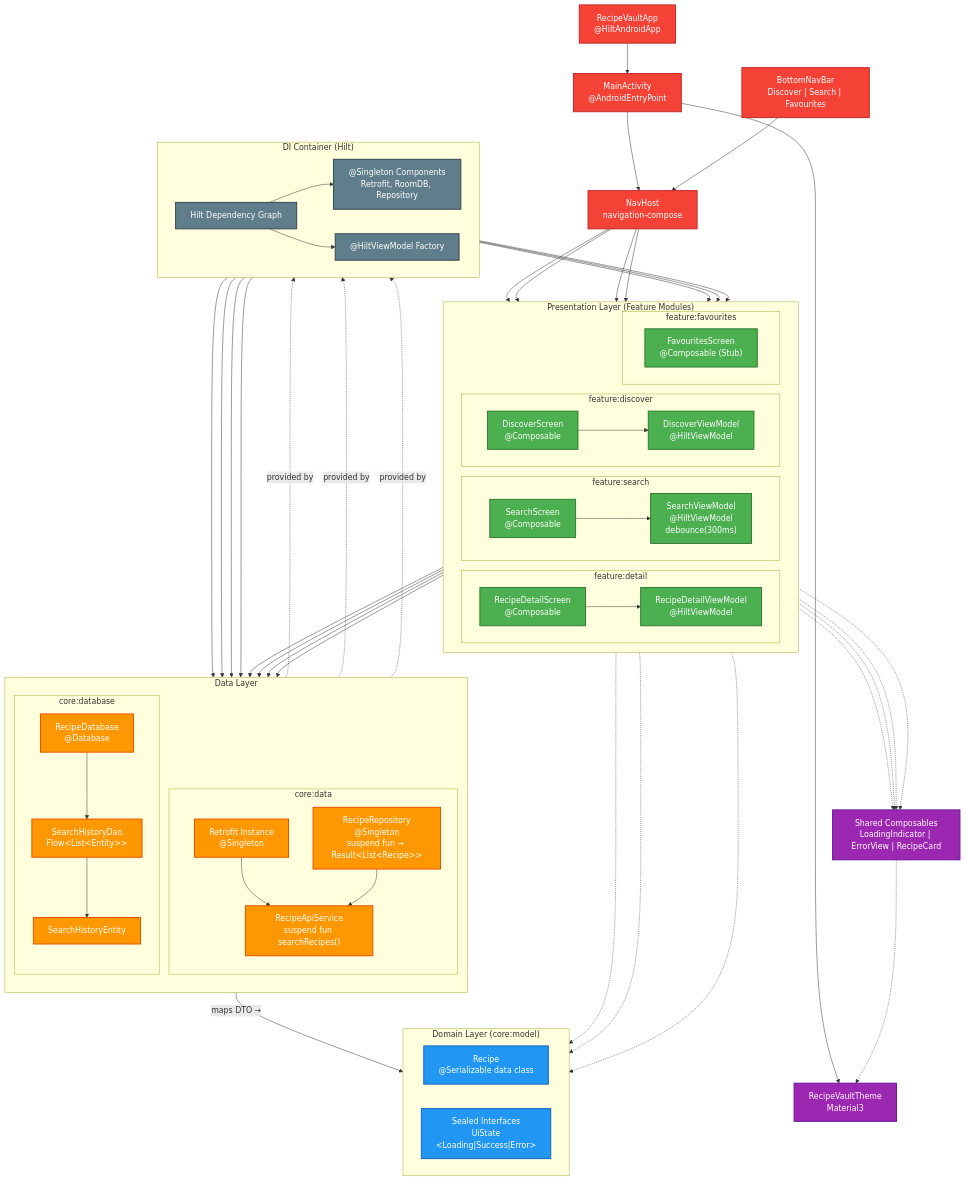
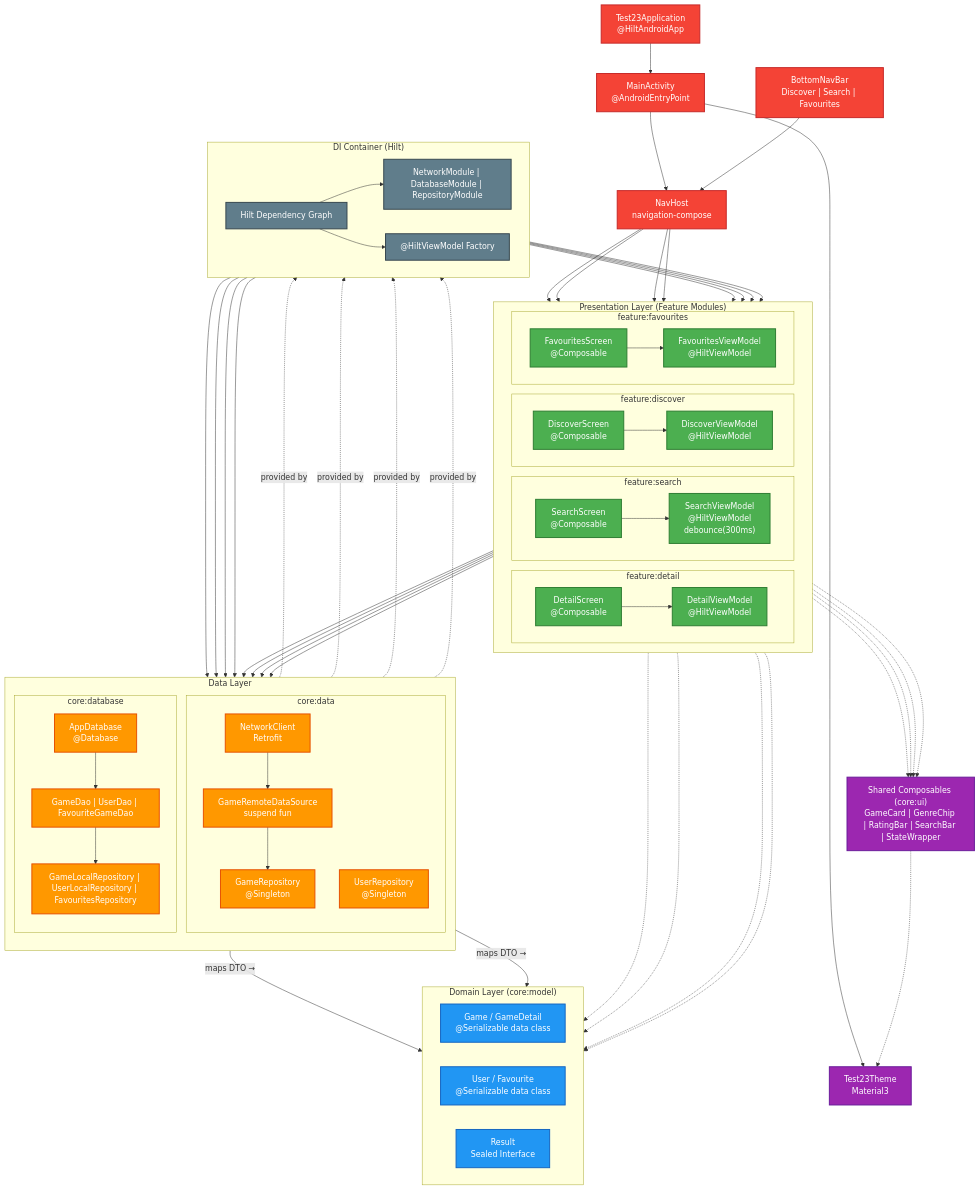
Before and after one commit to alyk/android-kotlin-base: the diagram in docs/ArchitectureOverviewDiagram.mmd, drawn with Mermaid.

Commit message:
[quality]

```diff
--- a/docs/ArchitectureOverviewDiagram.mmd
+++ b/docs/ArchitectureOverviewDiagram.mmd
@@ -1,136 +1,144 @@
 graph TB
 %% ===== FIRST ROW: App Module (Entry Point) =====
-    APP_CLASS["RecipeVaultApp<br/>@HiltAndroidApp"]
+    APP_CLASS["Test23Application<br/>@HiltAndroidApp"]
     ACTIVITY["MainActivity<br/>@AndroidEntryPoint"]
-    THEME["RecipeVaultTheme<br/>Material3"]
+    THEME["Test23Theme<br/>Material3"]
 
     APP_CLASS --> ACTIVITY
     ACTIVITY --> THEME
 
 %% ===== SECOND ROW: Navigation =====
     NAV_HOST["NavHost<br/>navigation-compose"]
     BOTTOM_NAV["BottomNavBar<br/>Discover | Search | Favourites"]
 
     ACTIVITY --> NAV_HOST
     BOTTOM_NAV --> NAV_HOST
 
 %% ===== THIRD ROW: Presentation Layer =====
     subgraph PRES["Presentation Layer (Feature Modules)"]
         direction LR
 
         subgraph DISCOVER["feature:discover"]
             DISCOVER_UI["DiscoverScreen<br/>@Composable"]
             DISCOVER_VM["DiscoverViewModel<br/>@HiltViewModel"]
         end
 
         subgraph SEARCH["feature:search"]
             SEARCH_UI["SearchScreen<br/>@Composable"]
             SEARCH_VM["SearchViewModel<br/>@HiltViewModel<br/>debounce(300ms)"]
         end
 
         subgraph DETAIL["feature:detail"]
-            DETAIL_UI["RecipeDetailScreen<br/>@Composable"]
-            DETAIL_VM["RecipeDetailViewModel<br/>@HiltViewModel"]
+            DETAIL_UI["DetailScreen<br/>@Composable"]
+            DETAIL_VM["DetailViewModel<br/>@HiltViewModel"]
         end
 
         subgraph FAV["feature:favourites"]
-            FAV_UI["FavouritesScreen<br/>@Composable (Stub)"]
+            FAV_UI["FavouritesScreen<br/>@Composable"]
+            FAV_VM["FavouritesViewModel<br/>@HiltViewModel"]
         end
 
         DISCOVER_UI --> DISCOVER_VM
         SEARCH_UI --> SEARCH_VM
         DETAIL_UI --> DETAIL_VM
+        FAV_UI --> FAV_VM
     end
 
 %% Navigation from NavHost to Screens
     NAV_HOST --> DISCOVER_UI
     NAV_HOST --> SEARCH_UI
     NAV_HOST --> DETAIL_UI
     NAV_HOST --> FAV_UI
 
 %% ===== FOURTH ROW: Shared UI Components =====
-    COMPONENTS["Shared Composables<br/>LoadingIndicator | ErrorView | RecipeCard"]
+    COMPONENTS["Shared Composables (core:ui)<br/>GameCard | GenreChip | RatingBar | SearchBar | StateWrapper"]
     COMPONENTS -.-> THEME
     DISCOVER_UI -.-> COMPONENTS
     SEARCH_UI -.-> COMPONENTS
     DETAIL_UI -.-> COMPONENTS
     FAV_UI -.-> COMPONENTS
 
 %% ===== FIFTH ROW: Domain Layer =====
     subgraph DOMAIN["Domain Layer (core:model)"]
         direction LR
-        RECIPE["Recipe<br/>@Serializable data class"]
-        SEALED["Sealed Interfaces<br/>UiState<br/>&lt;Loading|Success|Error&gt;"]
+        GAME["Game / GameDetail<br/>@Serializable data class"]
+        USER["User / Favourite<br/>@Serializable data class"]
+        RESULT["Result<T><br/>Sealed Interface"]
     end
 
 %% ViewModels → Domain Models
-    DISCOVER_VM -.-> SEALED
-    SEARCH_VM -.-> SEALED
-    DETAIL_VM -.-> SEALED
+    DISCOVER_VM -.-> RESULT
+    SEARCH_VM -.-> RESULT
+    DETAIL_VM -.-> RESULT
+    FAV_VM -.-> RESULT
 
 %% ===== SIXTH ROW: Data Layer =====
     subgraph DATA["Data Layer"]
         direction TB
 
         subgraph CORE_DATA["core:data"]
-            RETROFIT["Retrofit Instance<br/>@Singleton"]
-            API["RecipeApiService<br/>suspend fun searchRecipes()"]
-            REPO["RecipeRepository<br/>@Singleton<br/>suspend fun → Result&lt;List&lt;Recipe&gt;&gt;"]
-            RETROFIT --> API
+            NETWORK["NetworkClient<br/>Retrofit"]
+            REMOTE_DS["GameRemoteDataSource<br/>suspend fun"]
+            GAME_REPO["GameRepository<br/>@Singleton"]
+            USER_REPO["UserRepository<br/>@Singleton"]
+            NETWORK --> REMOTE_DS
+            REMOTE_DS --> GAME_REPO
         end
 
         subgraph CORE_DB["core:database"]
-            ROOM_DB["RecipeDatabase<br/>@Database"]
-            DAO["SearchHistoryDao<br/>Flow&lt;List&lt;Entity&gt;&gt;"]
-            ENTITY["SearchHistoryEntity"]
-            ROOM_DB --> DAO
-            DAO --> ENTITY
+            ROOM_DB["AppDatabase<br/>@Database"]
+            DAOS["GameDao | UserDao | FavouriteGameDao"]
+            LOCAL_REPOS["GameLocalRepository | UserLocalRepository | FavouritesRepository"]
+            ROOM_DB --> DAOS
+            DAOS --> LOCAL_REPOS
         end
 
-        REPO -->|"maps DTO →"| RECIPE
-        REPO --> API
+        GAME_REPO -->|"maps DTO →"| GAME
+        USER_REPO -->|"maps DTO →"| USER
     end
 
-%% ViewModels → Repository & DAO
-    DISCOVER_VM --> REPO
-    SEARCH_VM --> REPO
-    DETAIL_VM --> REPO
-    SEARCH_VM --> DAO
+%% ViewModels → Repository
+    DISCOVER_VM --> GAME_REPO
+    SEARCH_VM --> GAME_REPO
+    DETAIL_VM --> GAME_REPO
+    FAV_VM --> USER_REPO
 
 %% ===== BOTTOM ROW: Hilt DI =====
     subgraph DI["DI Container (Hilt)"]
         direction LR
         HILT_GRAPH["Hilt Dependency Graph"]
-        SINGLETON["@Singleton Components<br/>Retrofit, RoomDB, Repository"]
+        MODULES["NetworkModule | DatabaseModule | RepositoryModule"]
         VIEWMODEL_FACTORY["@HiltViewModel Factory"]
 
-        HILT_GRAPH --> SINGLETON
+        HILT_GRAPH --> MODULES
         HILT_GRAPH --> VIEWMODEL_FACTORY
-        SINGLETON --> REPO
-        SINGLETON --> RETROFIT
-        SINGLETON --> ROOM_DB
-        SINGLETON --> DAO
+        MODULES --> GAME_REPO
+        MODULES --> USER_REPO
+        MODULES --> NETWORK
+        MODULES --> ROOM_DB
         VIEWMODEL_FACTORY --> DISCOVER_VM
         VIEWMODEL_FACTORY --> SEARCH_VM
         VIEWMODEL_FACTORY --> DETAIL_VM
+        VIEWMODEL_FACTORY --> FAV_VM
     end
 
 %% Back-link: Data → DI (dependency injection)
-    REPO -.->|"provided by"| SINGLETON
-    RETROFIT -.->|"provided by"| SINGLETON
-    ROOM_DB -.->|"provided by"| SINGLETON
+    GAME_REPO -.->|"provided by"| MODULES
+    USER_REPO -.->|"provided by"| MODULES
+    NETWORK -.->|"provided by"| MODULES
+    ROOM_DB -.->|"provided by"| MODULES
 
 %% ===== STYLING =====
     classDef presentation fill:#4CAF50,stroke:#2E7D32,stroke-width:2px,color:white
     classDef domain fill:#2196F3,stroke:#1565C0,stroke-width:2px,color:white
     classDef data fill:#FF9800,stroke:#E65100,stroke-width:2px,color:white
     classDef ui fill:#9C27B0,stroke:#6A1B9A,stroke-width:2px,color:white
     classDef app fill:#F44336,stroke:#C62828,stroke-width:2px,color:white
     classDef di fill:#607D8B,stroke:#37474F,stroke-width:2px,color:white
 
-    class DISCOVER_UI,DISCOVER_VM,SEARCH_UI,SEARCH_VM,DETAIL_UI,DETAIL_VM,FAV_UI presentation
-    class RECIPE,SEALED domain
-    class RETROFIT,API,REPO,ROOM_DB,DAO,ENTITY data
+    class DISCOVER_UI,DISCOVER_VM,SEARCH_UI,SEARCH_VM,DETAIL_UI,DETAIL_VM,FAV_UI,FAV_VM presentation
+    class GAME,USER,RESULT domain
+    class NETWORK,REMOTE_DS,GAME_REPO,USER_REPO,ROOM_DB,DAOS,LOCAL_REPOS data
     class THEME,COMPONENTS ui
     class ACTIVITY,NAV_HOST,BOTTOM_NAV,APP_CLASS app
-    class HILT_GRAPH,SINGLETON,VIEWMODEL_FACTORY di
+    class HILT_GRAPH,MODULES,VIEWMODEL_FACTORY di
```
